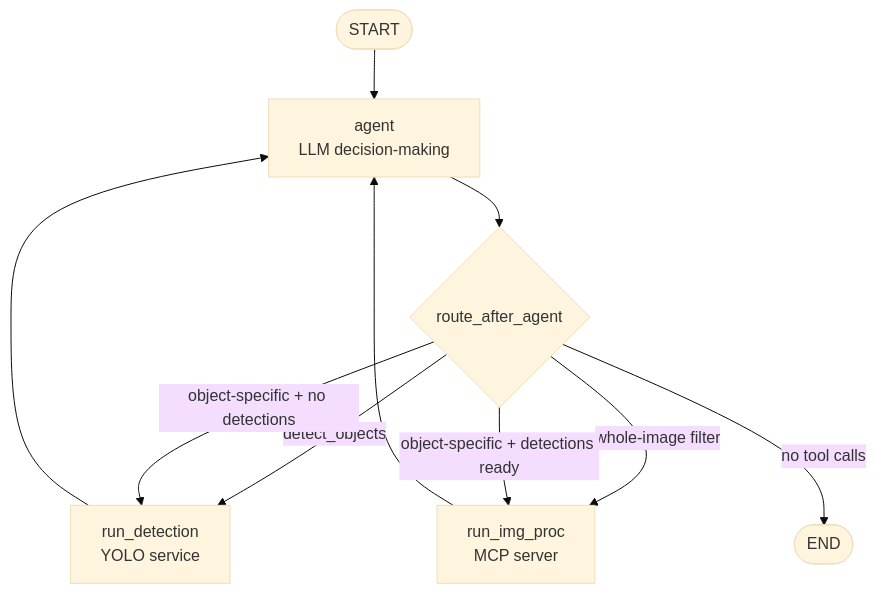
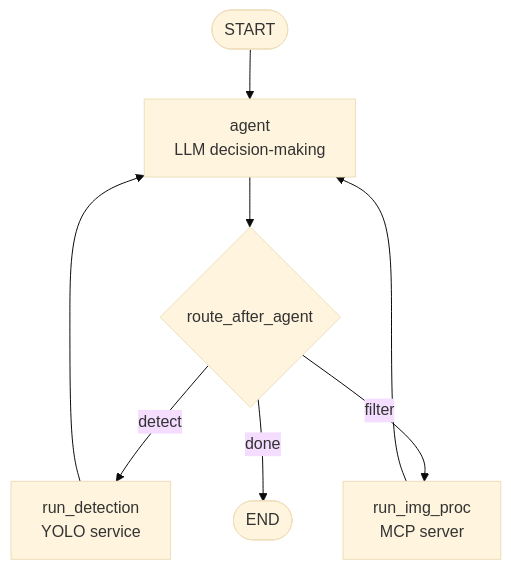
One commit to alonitac/AIEngineering changed the second of 3 diagrams in tutorials/ai_langgraph.md. Above: the diagram before and after it, drawn with Mermaid (base theme). The commit also changed other lines of this file, not shown here.

````diff
--- a/tutorials/ai_langgraph.md
+++ b/tutorials/ai_langgraph.md
@@ -72,15 +82,13 @@
 ```mermaid
 flowchart TD
     START([START]) --> agent
 
     agent[agent\nLLM decision-making] --> route{route_after_agent}
 
-    route -->|"detect_objects"| detection[run_detection\nYOLO service]
-    route -->|"whole-image filter"| img_proc[run_img_proc\nMCP server]
-    route -->|"object-specific + detections ready"| img_proc
-    route -->|"object-specific + no detections"| detection
-    route -->|no tool calls| END([END])
+    route -->|detect| detection[run_detection\nYOLO service]
+    route -->|filter| img_proc[run_img_proc\nMCP server]
+    route -->|done| END([END])
 
     detection --> agent
     img_proc  --> agent
 ```
````
